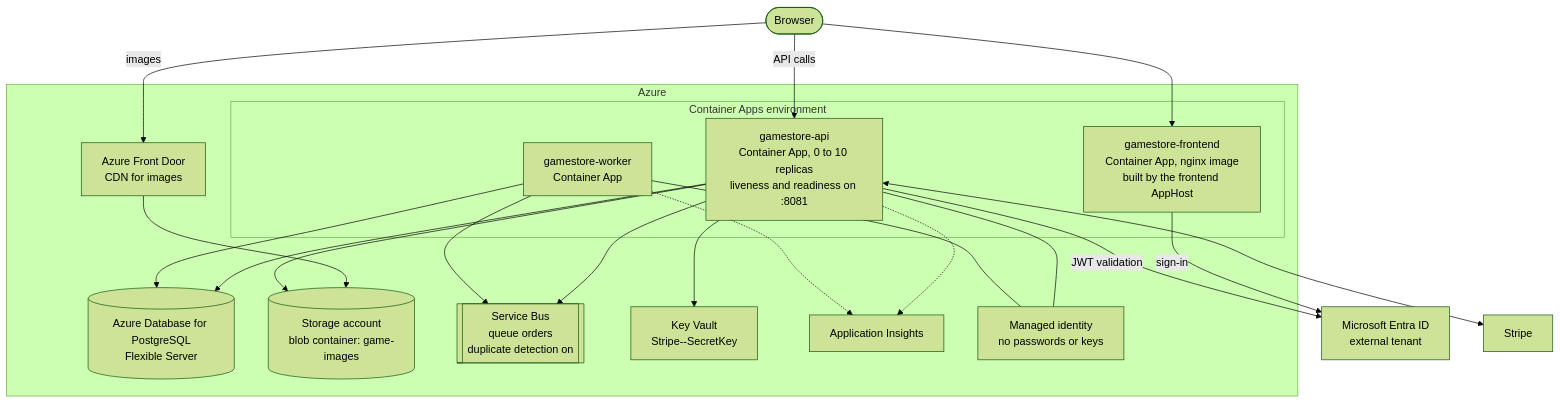
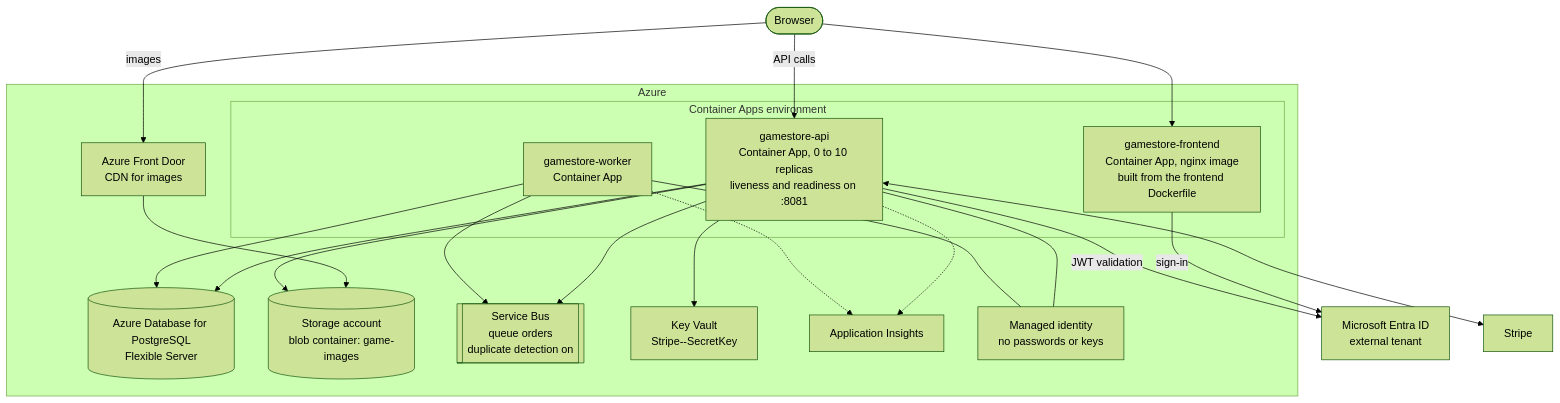
Before and after one commit to Axeloooo/GameStore: the third of 13 diagrams in docs/architecture.md, drawn with Mermaid (forest theme). The commit also changed other lines of this file and 15 other files, not shown here.

Commit message:
feat: Removed the Aspire frontend AppHost and documented the npm dev flow

````diff
--- a/docs/architecture.md
+++ b/docs/architecture.md
@@ -110,42 +110,42 @@
 ```mermaid
 flowchart TB
     user(["Browser"])
 
     subgraph azure["Azure"]
         afd["Azure Front Door<br/>CDN for images"]
 
         subgraph cae["Container Apps environment"]
-            cspa["gamestore-frontend<br/>Container App, nginx image<br/>built by the frontend AppHost"]
+            cspa["gamestore-frontend<br/>Container App, nginx image<br/>built from the frontend Dockerfile"]
             capi["gamestore-api<br/>Container App, 0 to 10 replicas<br/>liveness and readiness on :8081"]
             cworker["gamestore-worker<br/>Container App"]
         end
 
         pg[("Azure Database for PostgreSQL<br/>Flexible Server")]
         st[("Storage account<br/>blob container: game-images")]
         sb[["Service Bus<br/>queue orders<br/>duplicate detection on"]]
         kv["Key Vault<br/>Stripe--SecretKey"]
         ai["Application Insights"]
         mi["Managed identity<br/>no passwords or keys"]
     end
 
     entra["Microsoft Entra ID<br/>external tenant"]
     stripe["Stripe"]
 
     user --> cspa
     user -->|"images"| afd
     user -->|"API calls"| capi
     afd --> st
     capi --> pg
     capi --> st
     capi --> sb
     capi --> kv
     cworker --> pg
     cworker --> sb
     capi -.-> ai
     cworker -.-> ai
     capi --- mi
     cworker --- mi
     cspa -->|"sign-in"| entra
     capi -->|"JWT validation"| entra
     capi <--> stripe
 ```
````
